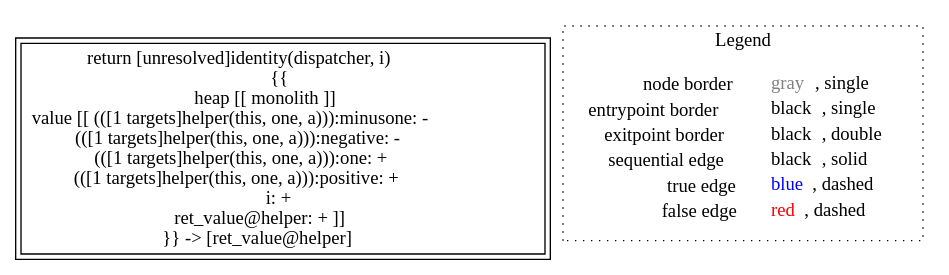
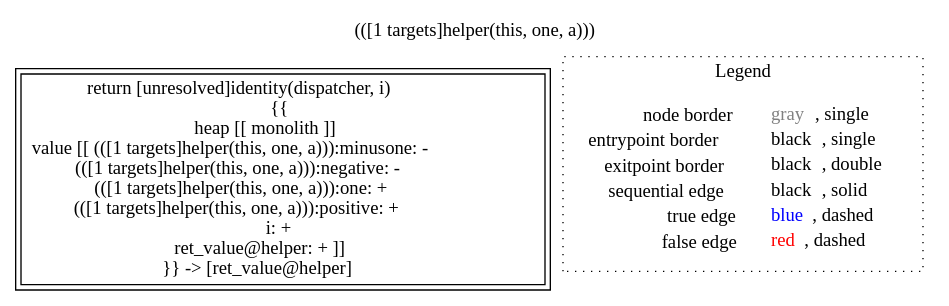
The diagram in lisa/imp-testcases/interprocedural/RTAContextSensitive2/analysis___414827803_untyped_tests.helper(tests_this,_untyped_i,_untyped_dispatcher).dot (lisa-analyzer/lisa), drawn with Graphviz before and after one commit. The commit also changed 12 other files, not shown here.

```diff
--- a/lisa/imp-testcases/interprocedural/RTAContextSensitive2/analysis___414827803_untyped_tests.helper(tests_this,_untyped_i,_untyped_dispatcher).dot
+++ b/lisa/imp-testcases/interprocedural/RTAContextSensitive2/analysis___414827803_untyped_tests.helper(tests_this,_untyped_i,_untyped_dispatcher).dot
@@ -1,10 +1,12 @@
 digraph {
+	labelloc="t";
+	label="(([1 targets]helper(this, one, a)))";
 	"node0" [shape="rect",color="black",peripheries="2",label=<return [unresolved]identity(dispatcher, i)<BR/>{{<BR/>heap [[ monolith ]]<BR/>value [[ (([1 targets]helper(this, one, a))):minusone: -<BR/>(([1 targets]helper(this, one, a))):negative: -<BR/>(([1 targets]helper(this, one, a))):one: +<BR/>(([1 targets]helper(this, one, a))):positive: +<BR/>i: +<BR/>ret_value@helper: + ]]<BR/>}} -&gt; [ret_value@helper]>];
 subgraph cluster_legend {
 	label="Legend";
 	style=dotted;
 	node [shape=plaintext];
 	"legend" [label=<<table border="0" cellpadding="2" cellspacing="0" cellborder="0"><tr><td align="right">node border&nbsp;</td><td align="left"><font color="gray">gray</font>, single</td></tr><tr><td align="right">entrypoint border&nbsp;</td><td align="left"><font color="black">black</font>, single</td></tr><tr><td align="right">exitpoint border&nbsp;</td><td align="left"><font color="black">black</font>, double</td></tr><tr><td align="right">sequential edge&nbsp;</td><td align="left"><font color="black">black</font>, solid</td></tr><tr><td align="right">true edge&nbsp;</td><td align="left"><font color="blue">blue</font>, dashed</td></tr><tr><td align="right">false edge&nbsp;</td><td align="left"><font color="red">red</font>, dashed</td></tr></table>>];
 }
 
 }
```
